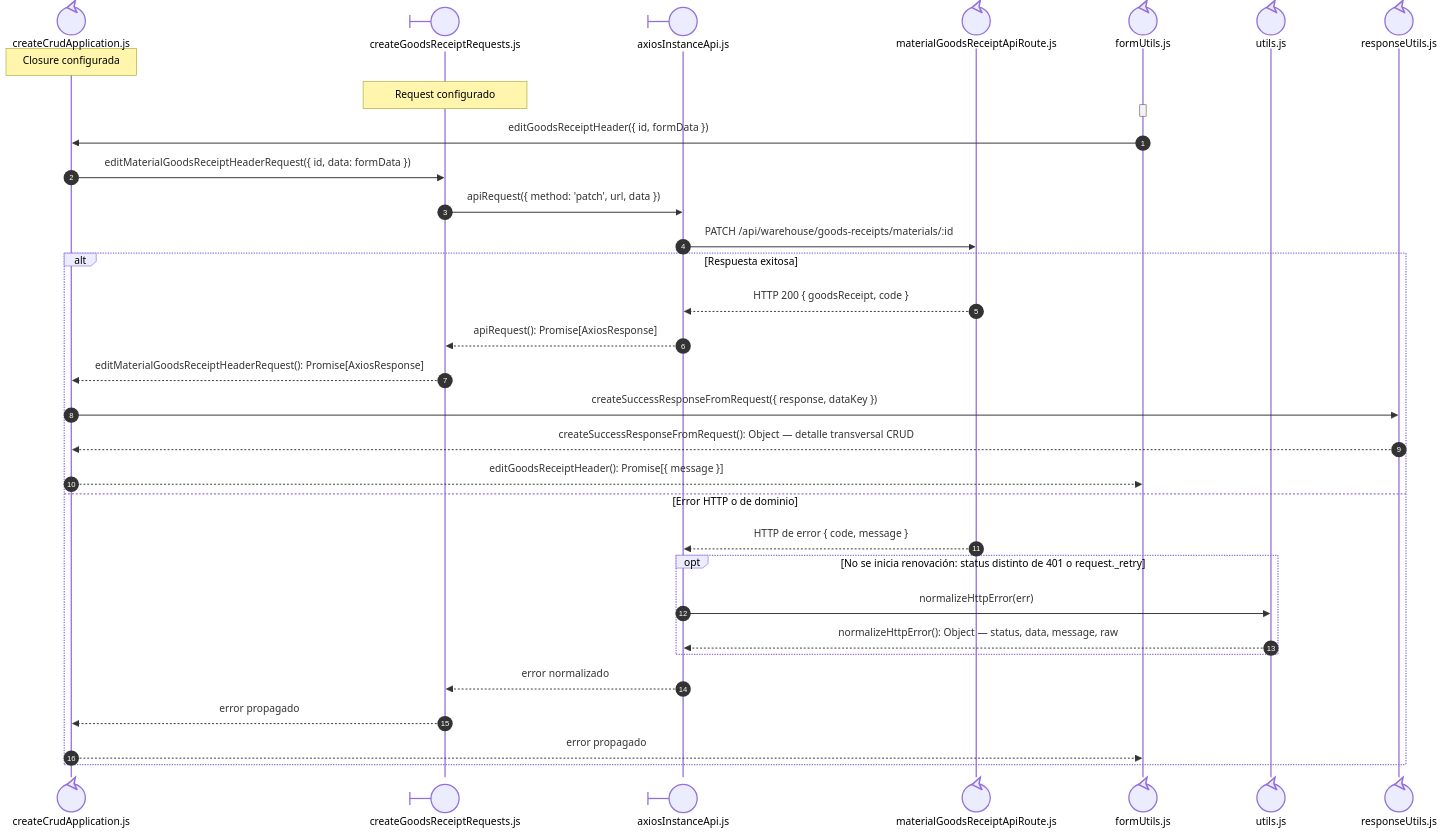
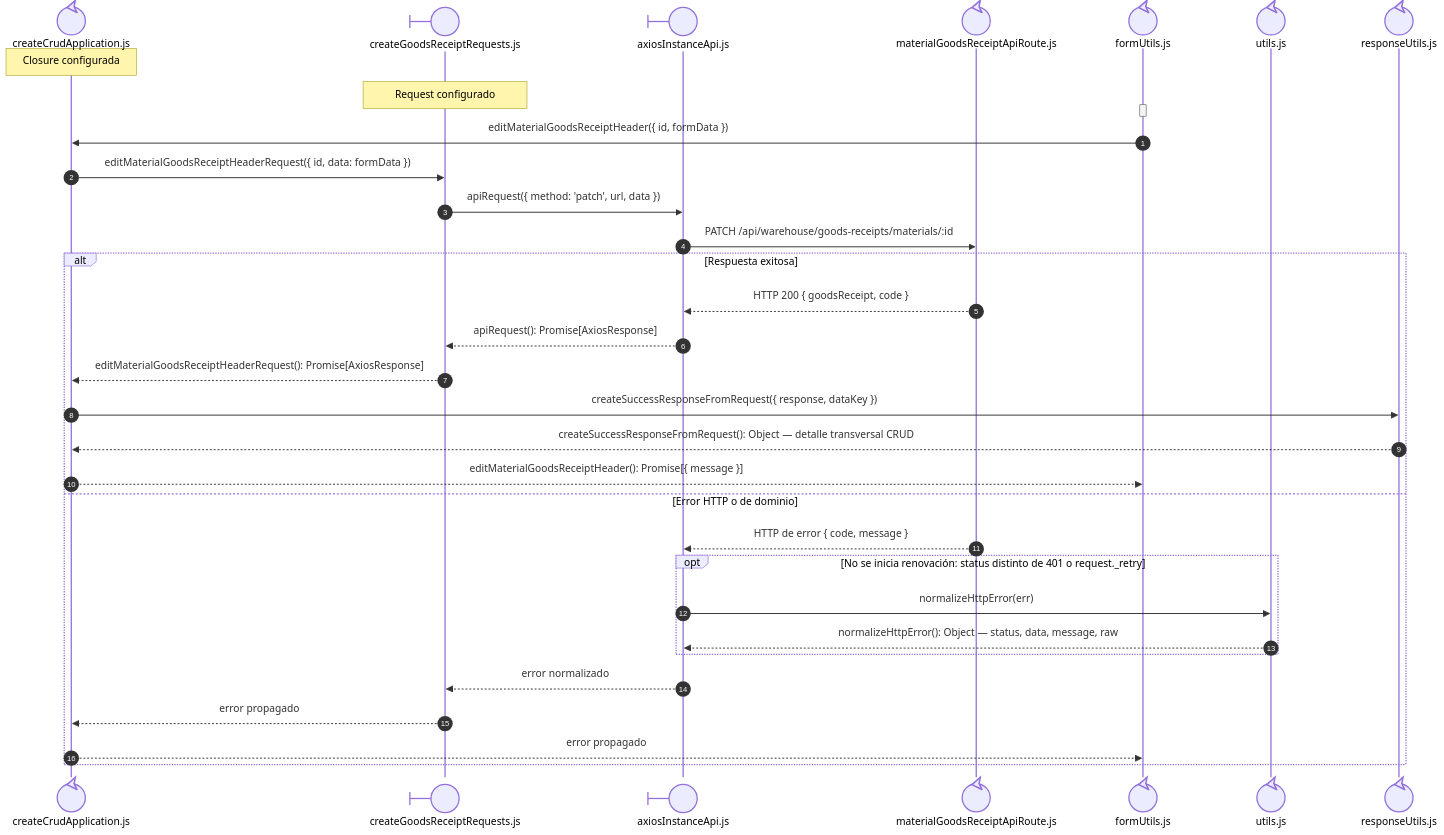
Before and after one commit to gpgsistemas01/nexus: the third of 3 diagrams in docs/architecture/views/processes/frontend-code-sequences/purchases/cu-ent-03.md, drawn with Mermaid. The commit also changed other lines of this file and 142 other files, not shown here.

````diff
--- a/docs/architecture/views/processes/frontend-code-sequences/purchases/cu-ent-03.md
+++ b/docs/architecture/views/processes/frontend-code-sequences/purchases/cu-ent-03.md
@@ -183,39 +184,39 @@
 ```mermaid
 sequenceDiagram
     autonumber
     participant Application@{ "type": "control" } as createCrudApplication.js
     participant Request@{ "type": "boundary" } as createGoodsReceiptRequests.js
     participant HTTP@{ "type": "boundary" } as axiosInstanceApi.js
     participant Transport@{ "type": "control" } as materialGoodsReceiptApiRoute.js
     participant FormUtils@{ "type": "control" } as formUtils.js
 
     participant FileUtils@{ "type": "control" } as utils.js
 
     participant FileResponseUtils@{ "type": "control" } as responseUtils.js
 
     Note over Application: Closure configurada
     Note over Request: Request configurado
     activate FormUtils
     deactivate FormUtils
-        FormUtils->>Application: editGoodsReceiptHeader({ id, formData })
+        FormUtils->>Application: editMaterialGoodsReceiptHeader({ id, formData })
         Application->>Request: editMaterialGoodsReceiptHeaderRequest({ id, data: formData })
         Request->>HTTP: apiRequest({ method: 'patch', url, data })
         HTTP->>Transport: PATCH /api/warehouse/goods-receipts/materials/:id
         alt Respuesta exitosa
             Transport-->>HTTP: HTTP 200 { goodsReceipt, code }
             HTTP-->>Request: apiRequest(): Promise[AxiosResponse]
             Request-->>Application: editMaterialGoodsReceiptHeaderRequest(): Promise[AxiosResponse]
             Application->>FileResponseUtils: createSuccessResponseFromRequest({ response, dataKey })
             FileResponseUtils-->>Application: createSuccessResponseFromRequest(): Object — detalle transversal CRUD
-            Application-->>FormUtils: editGoodsReceiptHeader(): Promise[{ message }]
+            Application-->>FormUtils: editMaterialGoodsReceiptHeader(): Promise[{ message }]
         else Error HTTP o de dominio
             Transport-->>HTTP: HTTP de error { code, message }
             opt No se inicia renovación: status distinto de 401 o request._retry
                 HTTP->>FileUtils: normalizeHttpError(err)
                 FileUtils-->>HTTP: normalizeHttpError(): Object — status, data, message, raw
             end
             HTTP-->>Request: error normalizado
             Request-->>Application: error propagado
             Application-->>FormUtils: error propagado
     end
 ```
````
